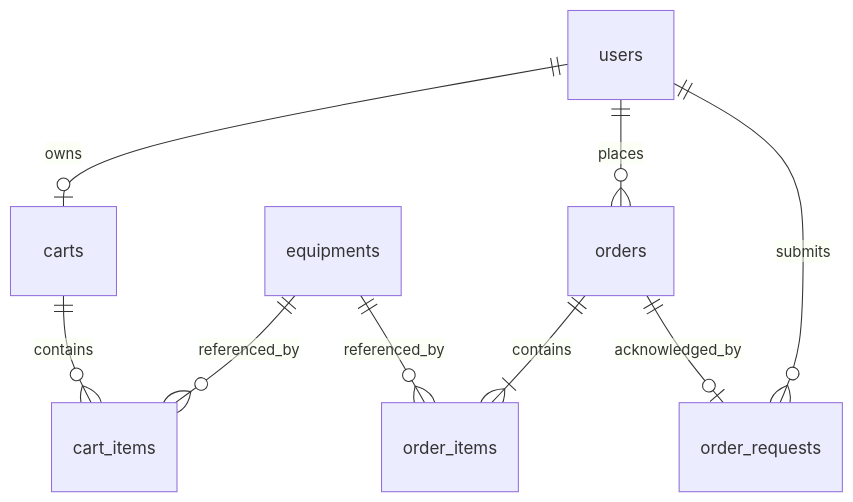
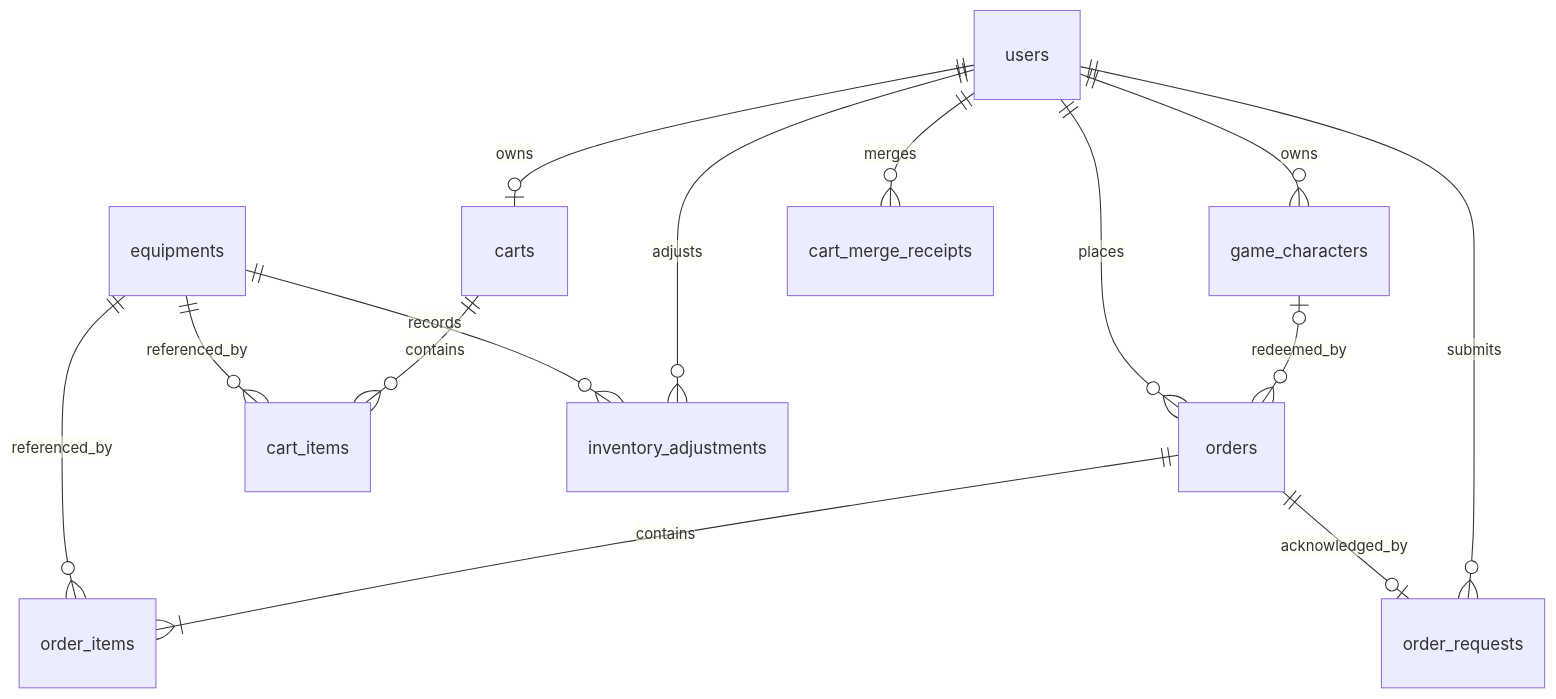
Before and after one commit to jyiwxinshao/vanguard-armory: the diagram in docs/02-data-and-api.md, drawn with Mermaid. The commit also changed other lines of this file and 40 other files, not shown here.

````diff
--- a/docs/02-data-and-api.md
+++ b/docs/02-data-and-api.md
@@ -17,11 +17,16 @@
 ```mermaid
 erDiagram
     users ||--o| carts : owns
+    users ||--o{ game_characters : owns
+    game_characters o|--o{ orders : redeemed_by
     carts ||--o{ cart_items : contains
     equipments ||--o{ cart_items : referenced_by
     users ||--o{ orders : places
     orders ||--|{ order_items : contains
     equipments ||--o{ order_items : referenced_by
     users ||--o{ order_requests : submits
     orders ||--o| order_requests : acknowledged_by
+    users ||--o{ cart_merge_receipts : merges
+    users ||--o{ inventory_adjustments : adjusts
+    equipments ||--o{ inventory_adjustments : records
 ```
````
